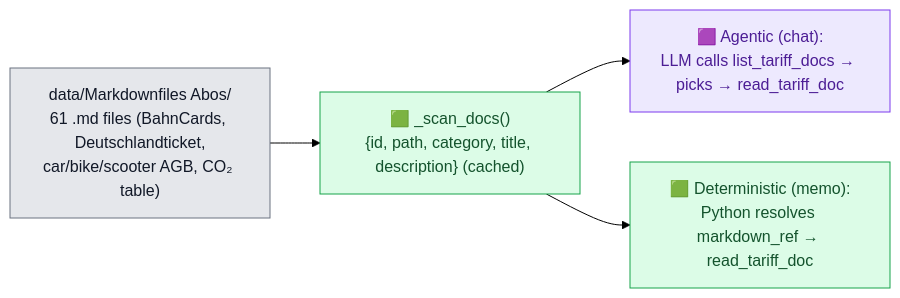
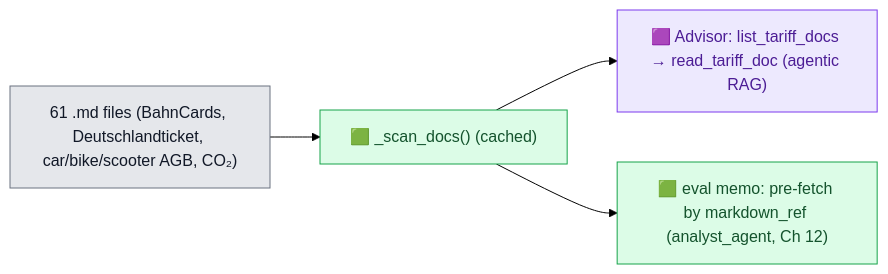
The tenth of 13 diagrams in DELIVERABLES/BACKEND_ARCHITECTURE_REPORT.md (tjorgeo/AIIM_DB_mobility_advisior), drawn with Mermaid (forest theme) before and after one commit. The commit also changed other lines of this file and 2 other files, not shown here.

First line of the commit message:
Refactor test mode factors to dynamically locate gen_personas.py

````diff
--- a/DELIVERABLES/BACKEND_ARCHITECTURE_REPORT.md
+++ b/DELIVERABLES/BACKEND_ARCHITECTURE_REPORT.md
@@ -436,14 +389,12 @@
 ```mermaid
 flowchart LR
-    FS["data/Markdownfiles Abos/<br/>61 .md files (BahnCards, Deutschlandticket,<br/>car/bike/scooter AGB, CO₂ table)"] --> SCAN["🟩 _scan_docs()<br/>{id, path, category, title, description} (cached)"]
-
-    SCAN --> MODE1["🟪 Agentic (chat):<br/>LLM calls list_tariff_docs → picks → read_tariff_doc"]
-    SCAN --> MODE2["🟩 Deterministic (memo):<br/>Python resolves markdown_ref → read_tariff_doc"]
-
+    FS["61 .md files (BahnCards, Deutschlandticket, car/bike/scooter AGB, CO₂)"] --> SCAN["🟩 _scan_docs() (cached)"]
+    SCAN --> AG["🟪 Advisor: list_tariff_docs → read_tariff_doc (agentic RAG)"]
+    SCAN --> EV["🟩 eval memo: pre-fetch by markdown_ref (analyst_agent, Ch 12)"]
     classDef det fill:#dcfce7,stroke:#16a34a,color:#14532d;
     classDef agent fill:#ede9fe,stroke:#7c3aed,color:#4c1d95;
     classDef store fill:#e5e7eb,stroke:#6b7280,color:#111827;
-    class SCAN,MODE2 det;
-    class MODE1 agent;
+    class SCAN,EV det;
+    class AG agent;
     class FS store;
 ```
````
